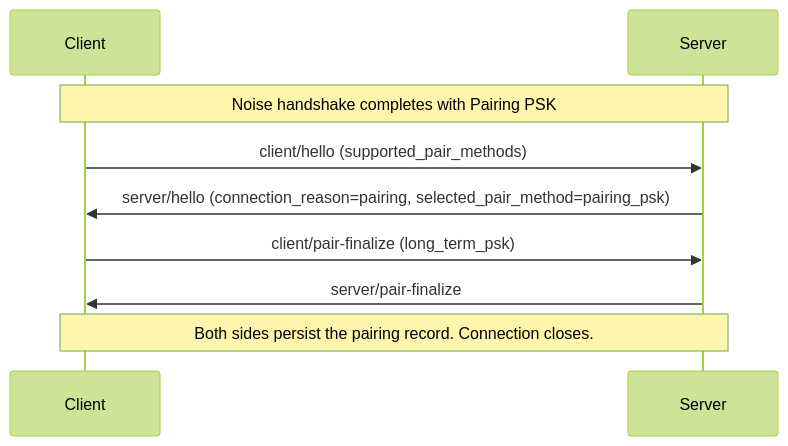
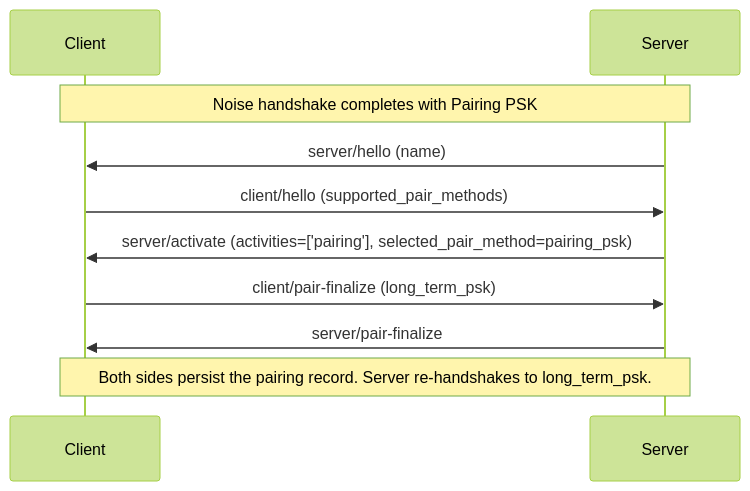
The second of 4 diagrams in README.md (Resonate-Protocol/spec), drawn with Mermaid (forest theme) before and after one commit. The commit also changed other lines of this file, not shown here.

````diff
--- a/README.md
+++ b/README.md
@@ -649,13 +664,14 @@
 ```mermaid
 sequenceDiagram
     participant Client
     participant Server
 
     Note over Client,Server: Noise handshake completes with Pairing PSK
 
+    Server->>Client: server/hello (name)
     Client->>Server: client/hello (supported_pair_methods)
-    Server->>Client: server/hello (connection_reason=pairing, selected_pair_method=pairing_psk)
+    Server->>Client: server/activate (activities=['pairing'], selected_pair_method=pairing_psk)
     Client->>Server: client/pair-finalize (long_term_psk)
     Server->>Client: server/pair-finalize
-    Note over Client,Server: Both sides persist the pairing record. Connection closes.
+    Note over Client,Server: Both sides persist the pairing record. Server re-handshakes to long_term_psk.
 ```
````
